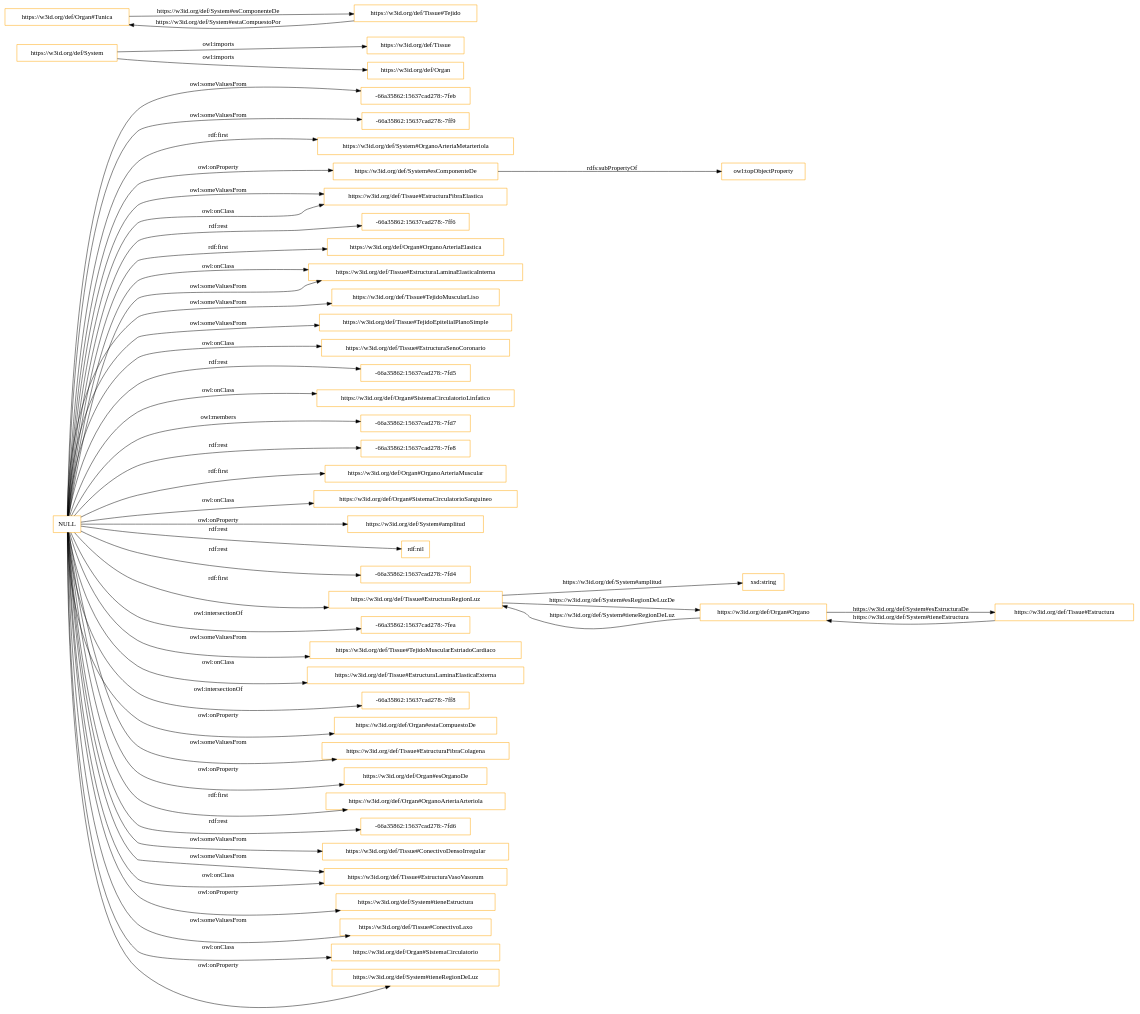
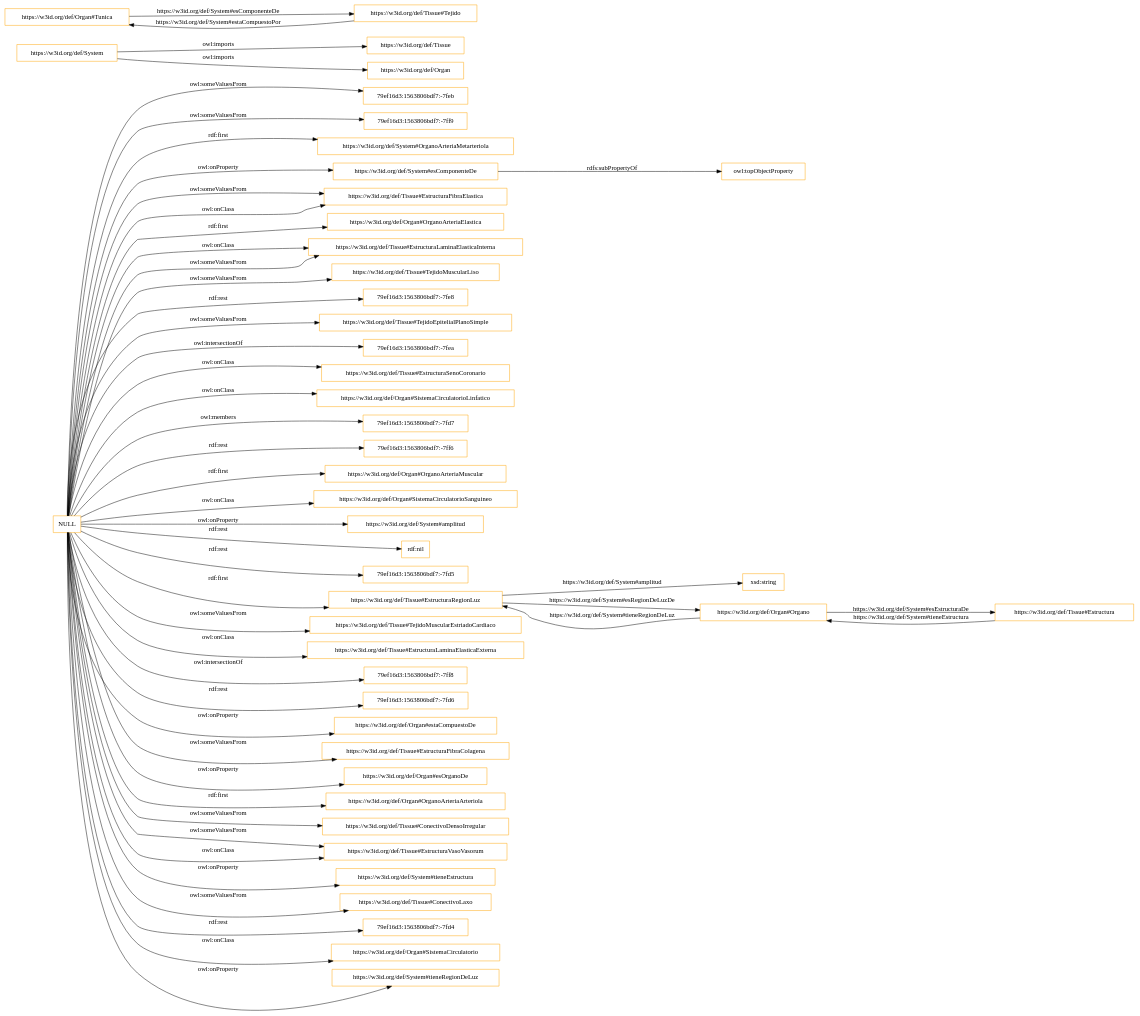
One commit to claxima/HistologicalOntology changed the diagram in OnToology/System.owl/diagrams/ar2dtool-class/System.owl.png.dot. Above: the diagram before and after it, drawn with Graphviz. The commit also changed 167 other files, not shown here.

```diff
--- a/OnToology/System.owl/diagrams/ar2dtool-class/System.owl.png.dot
+++ b/OnToology/System.owl/diagrams/ar2dtool-class/System.owl.png.dot
@@ -1,55 +1,55 @@
 digraph ar2dtool_diagram { 
 rankdir=LR;
 size="1501"
-node [shape = rectangle, color="orange"]; "-66a35862:15637cad278:-7feb" "-66a35862:15637cad278:-7ff9" "https://w3id.org/def/System#OrganoArteriaMetarteriola" ; /*classes style*/
+node [shape = rectangle, color="orange"]; "79ef16d3:1563806bdf7:-7feb" "79ef16d3:1563806bdf7:-7ff9" "https://w3id.org/def/System#OrganoArteriaMetarteriola" ; /*classes style*/
 	"https://w3id.org/def/System" -> "https://w3id.org/def/Tissue" [ label = "owl:imports" ];
 	"https://w3id.org/def/System" -> "https://w3id.org/def/Organ" [ label = "owl:imports" ];
 	"https://w3id.org/def/System#esComponenteDe" -> "owl:topObjectProperty" [ label = "rdfs:subPropertyOf" ];
 	"NULL" -> "https://w3id.org/def/Tissue#EstructuraFibraElastica" [ label = "owl:someValuesFrom" ];
-	"NULL" -> "-66a35862:15637cad278:-7ff6" [ label = "rdf:rest" ];
 	"NULL" -> "https://w3id.org/def/Organ#OrganoArteriaElastica" [ label = "rdf:first" ];
 	"NULL" -> "https://w3id.org/def/Tissue#EstructuraLaminaElasticaInterna" [ label = "owl:onClass" ];
 	"NULL" -> "https://w3id.org/def/System#OrganoArteriaMetarteriola" [ label = "rdf:first" ];
 	"NULL" -> "https://w3id.org/def/Tissue#TejidoMuscularLiso" [ label = "owl:someValuesFrom" ];
+	"NULL" -> "79ef16d3:1563806bdf7:-7fe8" [ label = "rdf:rest" ];
 	"NULL" -> "https://w3id.org/def/Tissue#TejidoEpitelialPlanoSimple" [ label = "owl:someValuesFrom" ];
+	"NULL" -> "79ef16d3:1563806bdf7:-7ff9" [ label = "owl:someValuesFrom" ];
+	"NULL" -> "79ef16d3:1563806bdf7:-7fea" [ label = "owl:intersectionOf" ];
 	"NULL" -> "https://w3id.org/def/Tissue#EstructuraSenoCoronario" [ label = "owl:onClass" ];
-	"NULL" -> "-66a35862:15637cad278:-7fd5" [ label = "rdf:rest" ];
 	"NULL" -> "https://w3id.org/def/Organ#SistemaCirculatorioLinfatico" [ label = "owl:onClass" ];
-	"NULL" -> "-66a35862:15637cad278:-7fd7" [ label = "owl:members" ];
-	"NULL" -> "-66a35862:15637cad278:-7fe8" [ label = "rdf:rest" ];
-	"NULL" -> "-66a35862:15637cad278:-7feb" [ label = "owl:someValuesFrom" ];
+	"NULL" -> "79ef16d3:1563806bdf7:-7fd7" [ label = "owl:members" ];
+	"NULL" -> "79ef16d3:1563806bdf7:-7feb" [ label = "owl:someValuesFrom" ];
+	"NULL" -> "79ef16d3:1563806bdf7:-7ff6" [ label = "rdf:rest" ];
 	"NULL" -> "https://w3id.org/def/Organ#OrganoArteriaMuscular" [ label = "rdf:first" ];
 	"NULL" -> "https://w3id.org/def/Organ#SistemaCirculatorioSanguineo" [ label = "owl:onClass" ];
 	"NULL" -> "https://w3id.org/def/System#amplitud" [ label = "owl:onProperty" ];
 	"NULL" -> "rdf:nil" [ label = "rdf:rest" ];
-	"NULL" -> "-66a35862:15637cad278:-7fd4" [ label = "rdf:rest" ];
+	"NULL" -> "79ef16d3:1563806bdf7:-7fd5" [ label = "rdf:rest" ];
+	"NULL" -> "https://w3id.org/def/Tissue#EstructuraFibraElastica" [ label = "owl:onClass" ];
 	"NULL" -> "https://w3id.org/def/Tissue#EstructuraRegionLuz" [ label = "rdf:first" ];
-	"NULL" -> "https://w3id.org/def/Tissue#EstructuraFibraElastica" [ label = "owl:onClass" ];
-	"NULL" -> "-66a35862:15637cad278:-7fea" [ label = "owl:intersectionOf" ];
 	"NULL" -> "https://w3id.org/def/Tissue#TejidoMuscularEstriadoCardiaco" [ label = "owl:someValuesFrom" ];
 	"NULL" -> "https://w3id.org/def/Tissue#EstructuraLaminaElasticaInterna" [ label = "owl:someValuesFrom" ];
 	"NULL" -> "https://w3id.org/def/Tissue#EstructuraLaminaElasticaExterna" [ label = "owl:onClass" ];
-	"NULL" -> "-66a35862:15637cad278:-7ff8" [ label = "owl:intersectionOf" ];
+	"NULL" -> "79ef16d3:1563806bdf7:-7ff8" [ label = "owl:intersectionOf" ];
+	"NULL" -> "79ef16d3:1563806bdf7:-7fd6" [ label = "rdf:rest" ];
 	"NULL" -> "https://w3id.org/def/Organ#estaCompuestoDe" [ label = "owl:onProperty" ];
 	"NULL" -> "https://w3id.org/def/Tissue#EstructuraFibraColagena" [ label = "owl:someValuesFrom" ];
 	"NULL" -> "https://w3id.org/def/System#esComponenteDe" [ label = "owl:onProperty" ];
 	"NULL" -> "https://w3id.org/def/Organ#esOrganoDe" [ label = "owl:onProperty" ];
 	"NULL" -> "https://w3id.org/def/Organ#OrganoArteriaArteriola" [ label = "rdf:first" ];
-	"NULL" -> "-66a35862:15637cad278:-7fd6" [ label = "rdf:rest" ];
 	"NULL" -> "https://w3id.org/def/Tissue#ConectivoDensoIrregular" [ label = "owl:someValuesFrom" ];
 	"NULL" -> "https://w3id.org/def/Tissue#EstructuraVasoVasorum" [ label = "owl:someValuesFrom" ];
 	"NULL" -> "https://w3id.org/def/System#tieneEstructura" [ label = "owl:onProperty" ];
 	"NULL" -> "https://w3id.org/def/Tissue#ConectivoLaxo" [ label = "owl:someValuesFrom" ];
+	"NULL" -> "79ef16d3:1563806bdf7:-7fd4" [ label = "rdf:rest" ];
 	"NULL" -> "https://w3id.org/def/Organ#SistemaCirculatorio" [ label = "owl:onClass" ];
 	"NULL" -> "https://w3id.org/def/System#tieneRegionDeLuz" [ label = "owl:onProperty" ];
 	"NULL" -> "https://w3id.org/def/Tissue#EstructuraVasoVasorum" [ label = "owl:onClass" ];
-	"NULL" -> "-66a35862:15637cad278:-7ff9" [ label = "owl:someValuesFrom" ];
 	"https://w3id.org/def/Organ#Tunica" -> "https://w3id.org/def/Tissue#Tejido" [ label = "https://w3id.org/def/System#esComponenteDe" ];
 	"https://w3id.org/def/Tissue#EstructuraRegionLuz" -> "xsd:string" [ label = "https://w3id.org/def/System#amplitud" ];
 	"https://w3id.org/def/Tissue#EstructuraRegionLuz" -> "https://w3id.org/def/Organ#Organo" [ label = "https://w3id.org/def/System#esRegionDeLuzDe" ];
 	"https://w3id.org/def/Tissue#Tejido" -> "https://w3id.org/def/Organ#Tunica" [ label = "https://w3id.org/def/System#estaCompuestoPor" ];
 	"https://w3id.org/def/Organ#Organo" -> "https://w3id.org/def/Tissue#Estructura" [ label = "https://w3id.org/def/System#esEstructuraDe" ];
 	"https://w3id.org/def/Organ#Organo" -> "https://w3id.org/def/Tissue#EstructuraRegionLuz" [ label = "https://w3id.org/def/System#tieneRegionDeLuz" ];
 	"https://w3id.org/def/Tissue#Estructura" -> "https://w3id.org/def/Organ#Organo" [ label = "https://w3id.org/def/System#tieneEstructura" ];
 
 }
```
